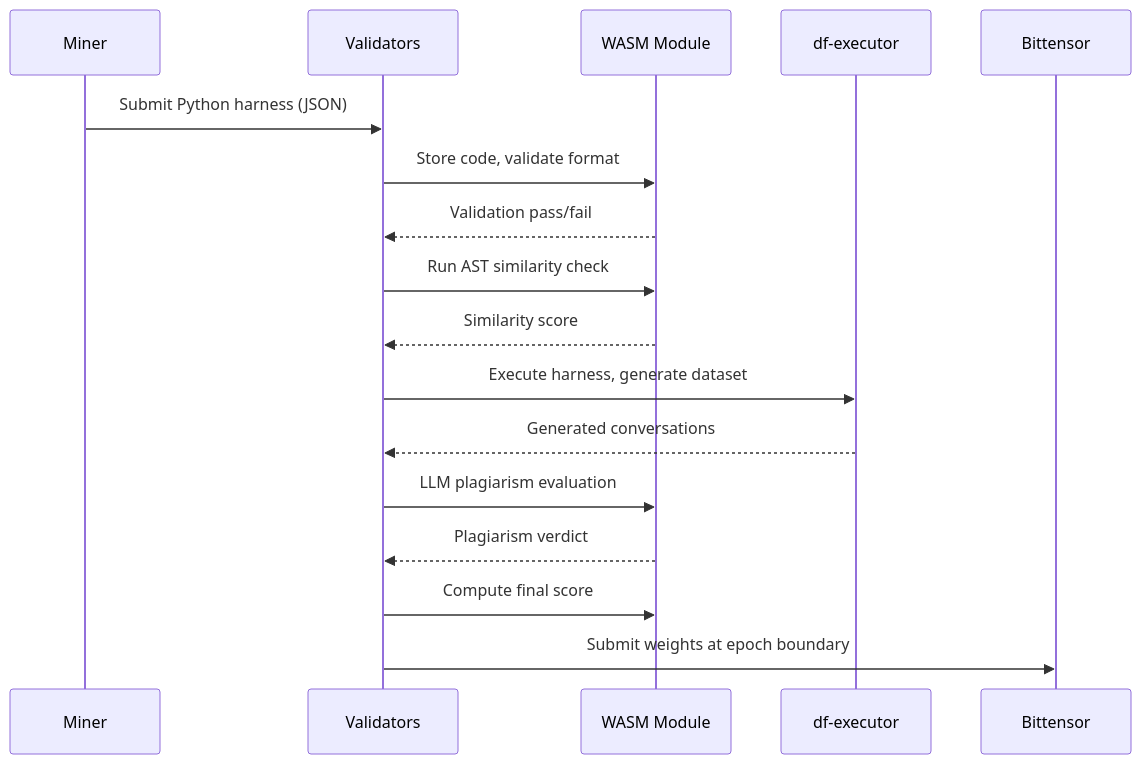
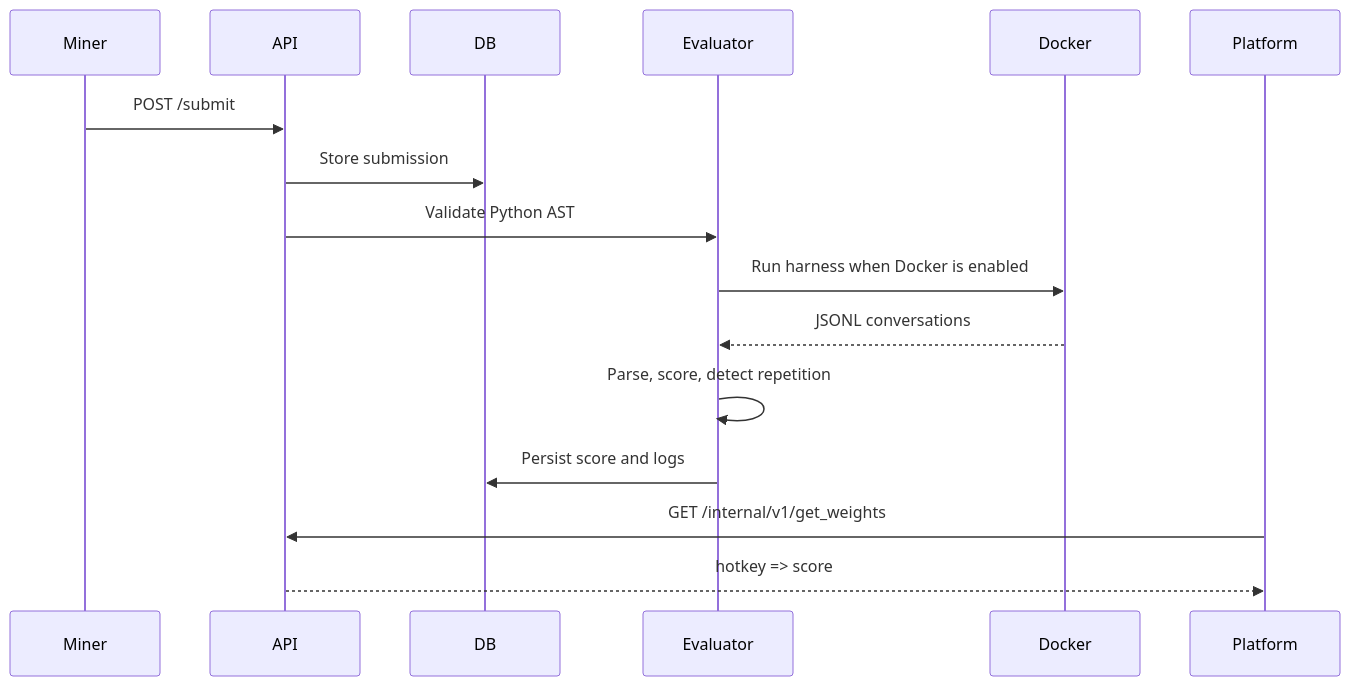
Before and after one commit to PlatformNetwork/data-fabrication: the second of 3 diagrams in README.md, drawn with Mermaid. The commit also changed other lines of this file and 90 other files, not shown here.

Commit message:
feat: convert challenge to Python Platform SDK

````diff
--- a/README.md
+++ b/README.md
@@ -51,20 +58,19 @@
 ```mermaid
 sequenceDiagram
     participant M as Miner
-    participant V as Validators
-    participant W as WASM Module
-    participant E as df-executor
-    participant BT as Bittensor
+    participant A as API
+    participant D as DB
+    participant E as Evaluator
+    participant X as Docker
+    participant P as Platform
 
-    M->>V: Submit Python harness (JSON)
-    V->>W: Store code, validate format
-    W-->>V: Validation pass/fail
-    V->>W: Run AST similarity check
-    W-->>V: Similarity score
-    V->>E: Execute harness, generate dataset
-    E-->>V: Generated conversations
-    V->>W: LLM plagiarism evaluation
-    W-->>V: Plagiarism verdict
-    V->>W: Compute final score
-    V->>BT: Submit weights at epoch boundary
+    M->>A: POST /submit
+    A->>D: Store submission
+    A->>E: Validate Python AST
+    E->>X: Run harness when Docker is enabled
+    X-->>E: JSONL conversations
+    E->>E: Parse, score, detect repetition
+    E->>D: Persist score and logs
+    P->>A: GET /internal/v1/get_weights
+    A-->>P: hotkey => score
 ```
````
